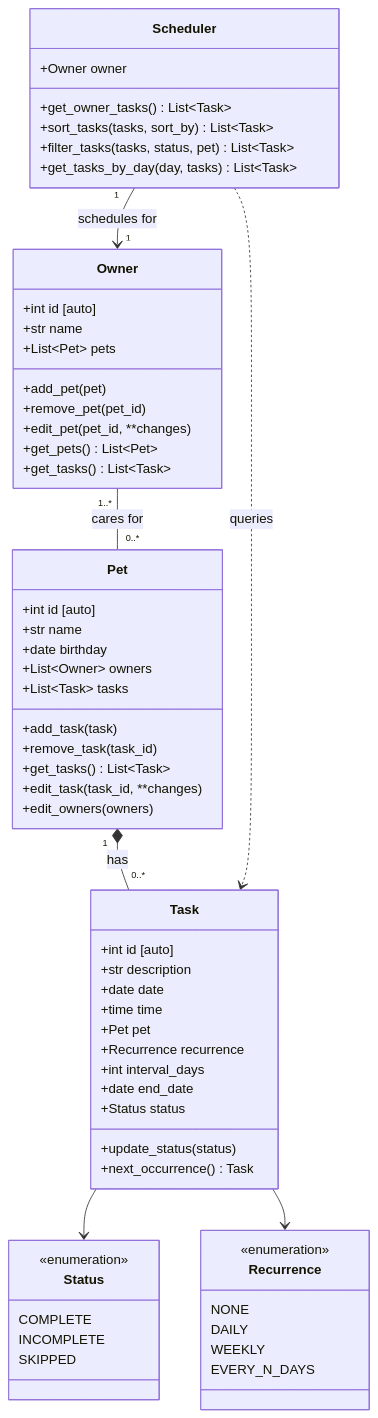
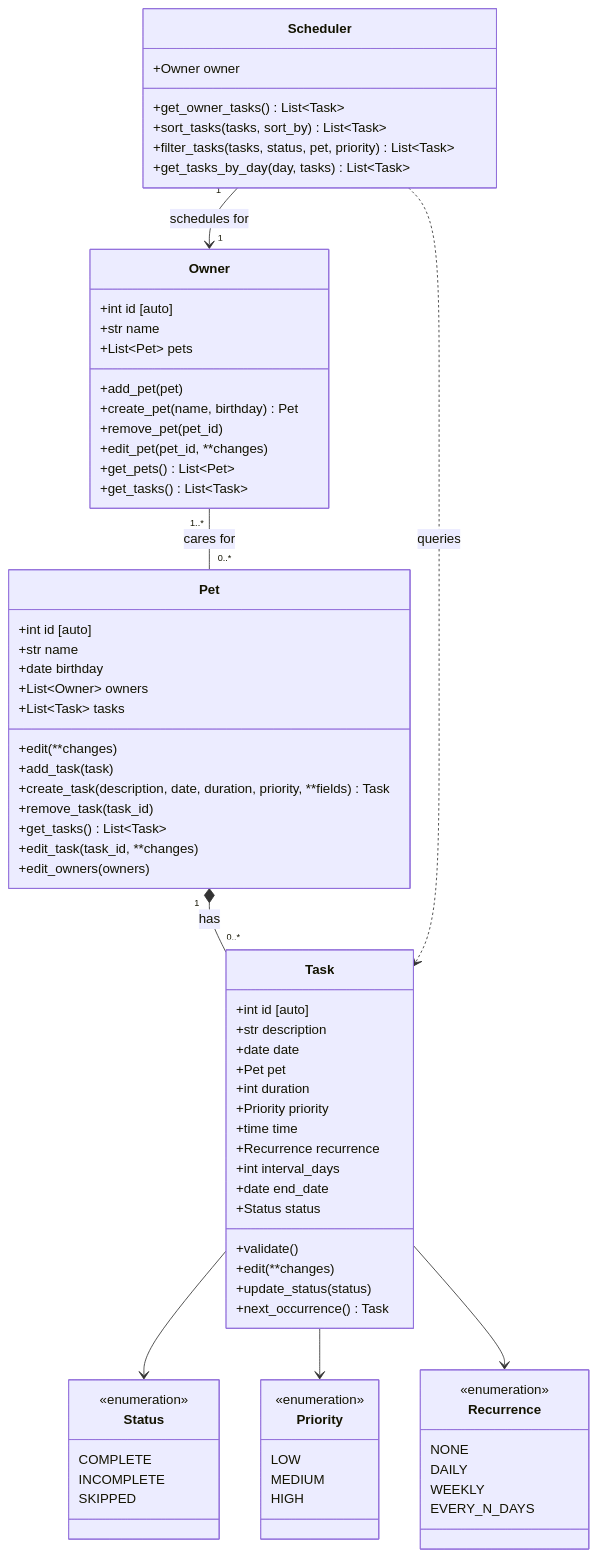
One commit to DerickPalos/ai110-module2show-pawpal-starter changed the diagram in diagrams/uml.mmd. Above: the diagram before and after it, drawn with Mermaid. The commit also changed 4 other files, not shown here.

Commit message:
Add Duration and Priority

```diff
--- a/diagrams/uml.mmd
+++ b/diagrams/uml.mmd
@@ -1,68 +1,83 @@
 classDiagram
     class Owner {
         +int id [auto]
         +str name
         +List~Pet~ pets
         +add_pet(pet)
+        +create_pet(name, birthday) Pet
         +remove_pet(pet_id)
         +edit_pet(pet_id, **changes)
         +get_pets() List~Pet~
         +get_tasks() List~Task~
     }
 
     class Pet {
         +int id [auto]
         +str name
         +date birthday
         +List~Owner~ owners
         +List~Task~ tasks
+        +edit(**changes)
         +add_task(task)
+        +create_task(description, date, duration, priority, **fields) Task
         +remove_task(task_id)
         +get_tasks() List~Task~
         +edit_task(task_id, **changes)
         +edit_owners(owners)
     }
 
     class Task {
         +int id [auto]
         +str description
         +date date
+        +Pet pet
+        +int duration
+        +Priority priority
         +time time
-        +Pet pet
         +Recurrence recurrence
         +int interval_days
         +date end_date
         +Status status
+        +validate()
+        +edit(**changes)
         +update_status(status)
         +next_occurrence() Task
     }
 
     class Scheduler {
         +Owner owner
         +get_owner_tasks() List~Task~
         +sort_tasks(tasks, sort_by) List~Task~
-        +filter_tasks(tasks, status, pet) List~Task~
+        +filter_tasks(tasks, status, pet, priority) List~Task~
         +get_tasks_by_day(day, tasks) List~Task~
     }
 
     class Status {
         <<enumeration>>
         COMPLETE
         INCOMPLETE
         SKIPPED
+    }
+
+    class Priority {
+        <<enumeration>>
+        LOW
+        MEDIUM
+        HIGH
     }
 
     class Recurrence {
         <<enumeration>>
         NONE
         DAILY
         WEEKLY
         EVERY_N_DAYS
     }
 
     Owner "1..*" -- "0..*" Pet : cares for
     Pet "1" *-- "0..*" Task : has
     Scheduler "1" --> "1" Owner : schedules for
     Scheduler ..> Task : queries
     Task --> Status
+    Task --> Priority
     Task --> Recurrence
```
